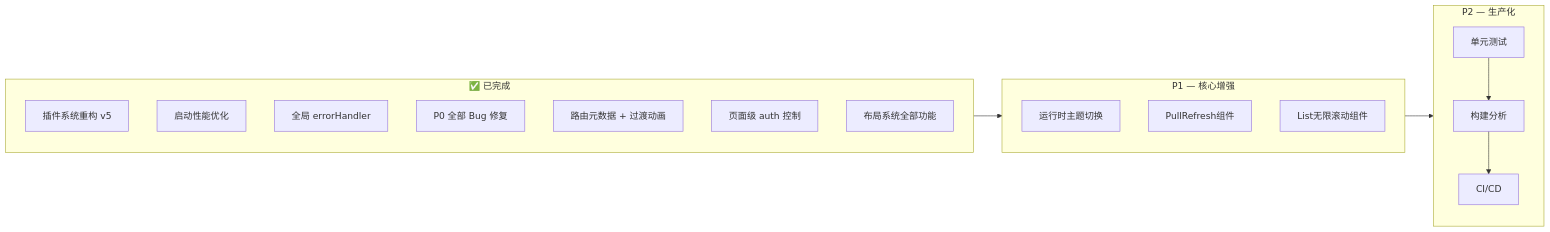
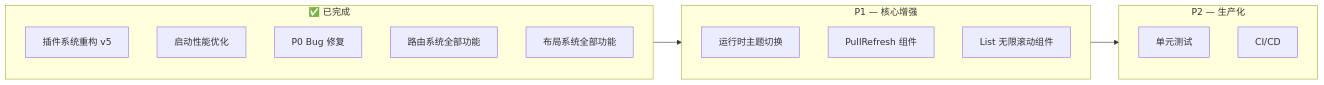
The diagram in plans/framework-deep-analysis.md (m2maomao/vite-plugins-demo), drawn with Mermaid before and after one commit. The commit also changed other lines of this file and 32 other files, not shown here.

````diff
--- a/plans/framework-deep-analysis.md
+++ b/plans/framework-deep-analysis.md
@@ -413,23 +317,21 @@
 ```mermaid
 flowchart LR
     subgraph Done[✅ 已完成]
         D1[插件系统重构 v5]
         D2[启动性能优化]
-        D3[全局 errorHandler]
-        D4[P0 全部 Bug 修复]
-        D5[路由元数据 + 过渡动画]
-        D6[页面级 auth 控制]
-        D7[布局系统全部功能]
+        D3[P0 Bug 修复]
+        D4[路由系统全部功能]
+        D5[布局系统全部功能]
     end
     subgraph P1[P1 — 核心增强]
         B1[运行时主题切换]
-        B2[PullRefresh组件]
-        B3[List无限滚动组件]
+        B2[PullRefresh 组件]
+        B3[List 无限滚动组件]
     end
     subgraph P2[P2 — 生产化]
-        C1[单元测试] --> C2[构建分析]
-        C2 --> C3[CI/CD]
+        C1[单元测试]
+        C2[CI/CD]
     end
     Done --> P1
     P1 --> P2
 ```
````
